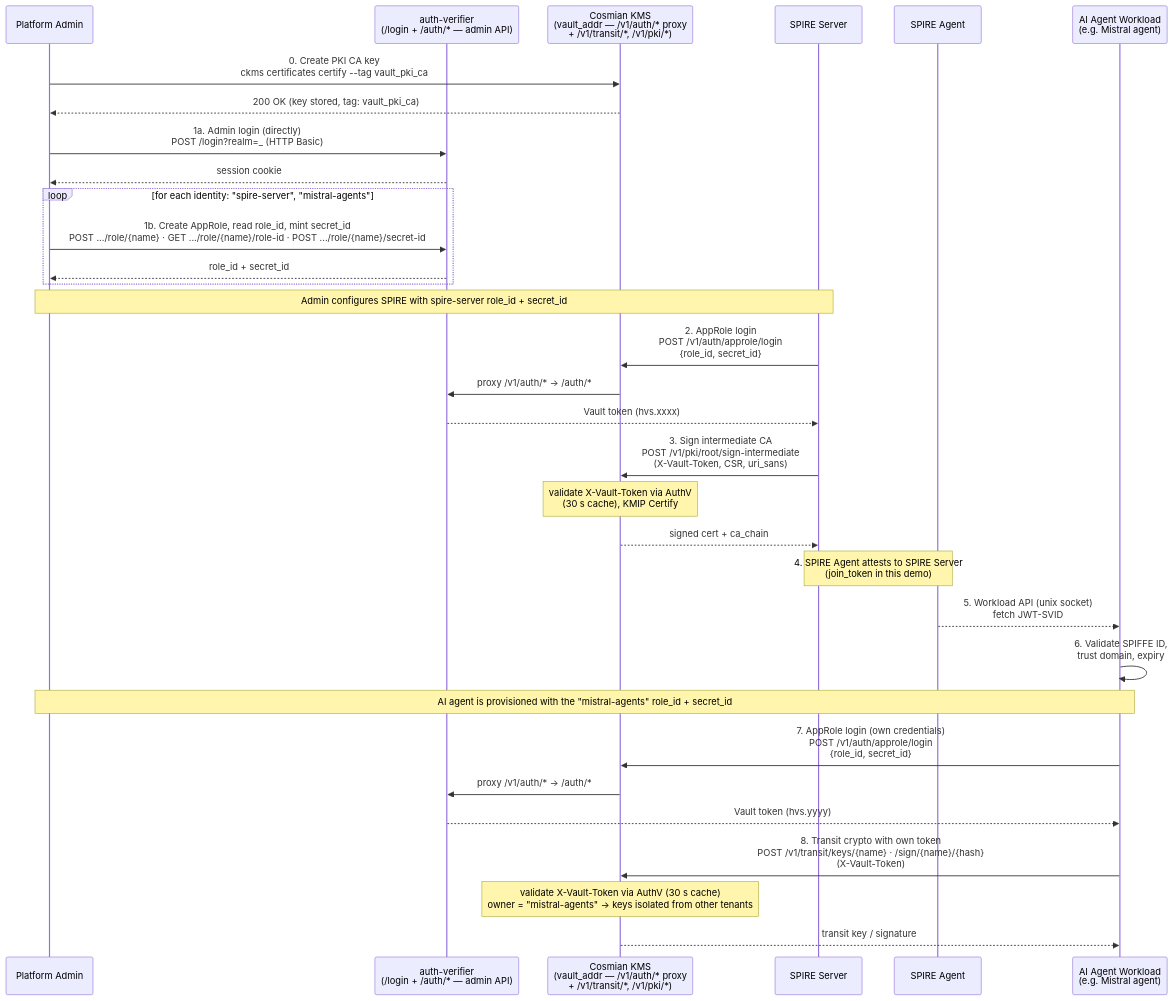
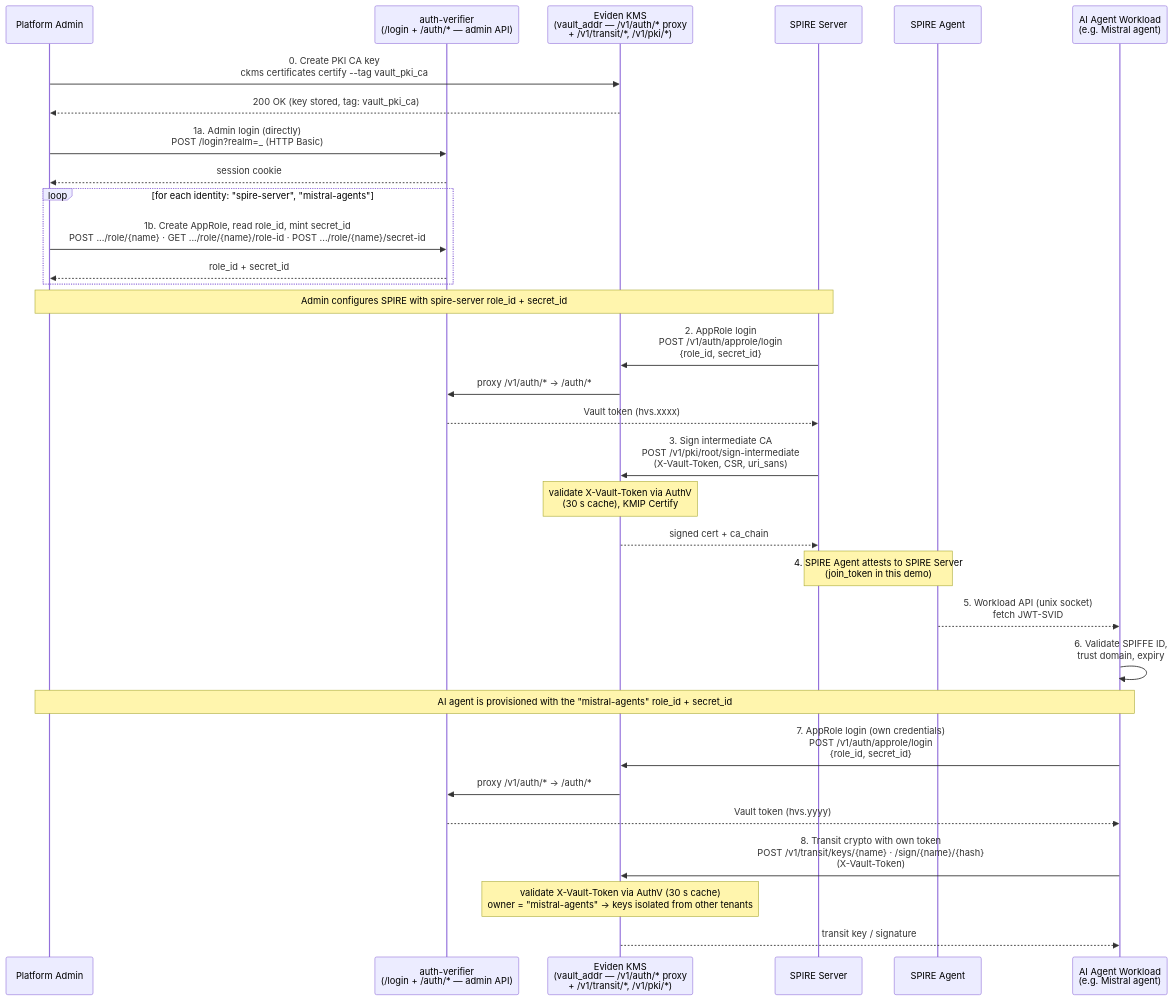
One commit to Cosmian/kms changed the first of 7 diagrams in documentation/docs/integrations/spire_spiffe.md. Above: the diagram before and after it, drawn with Mermaid. The commit also changed other lines of this file and 10 other files, not shown here.

````diff
--- a/documentation/docs/integrations/spire_spiffe.md
+++ b/documentation/docs/integrations/spire_spiffe.md
@@ -14,35 +14,35 @@
 ```mermaid
 sequenceDiagram
     participant Admin as Platform Admin
     participant AuthV as auth-verifier<br/>(/login + /auth/* — admin API)
-    participant KMS as Cosmian KMS<br/>(vault_addr — /v1/auth/* proxy<br/>+ /v1/transit/*, /v1/pki/*)
+    participant KMS as Eviden KMS<br/>(vault_addr — /v1/auth/* proxy<br/>+ /v1/transit/*, /v1/pki/*)
     participant Server as SPIRE Server
     participant Agent as SPIRE Agent
     participant Mistral as AI Agent Workload<br/>(e.g. Mistral agent)
 
     Admin->>KMS: 0. Create PKI CA key<br/>ckms certificates certify --tag vault_pki_ca
     KMS-->>Admin: 200 OK (key stored, tag: vault_pki_ca)
     Admin->>AuthV: 1a. Admin login (directly)<br/>POST /login?realm=_ (HTTP Basic)
     AuthV-->>Admin: session cookie
     loop for each identity: "spire-server", "mistral-agents"
         Admin->>AuthV: 1b. Create AppRole, read role_id, mint secret_id<br/>POST .../role/{name} · GET .../role/{name}/role-id · POST .../role/{name}/secret-id
         AuthV-->>Admin: role_id + secret_id
     end
     Note over Admin,Server: Admin configures SPIRE with spire-server role_id + secret_id
     Server->>KMS: 2. AppRole login<br/>POST /v1/auth/approle/login<br/>{role_id, secret_id}
     KMS->>AuthV: proxy /v1/auth/* → /auth/*
     AuthV-->>Server: Vault token (hvs.xxxx)
     Server->>KMS: 3. Sign intermediate CA<br/>POST /v1/pki/root/sign-intermediate<br/>(X-Vault-Token, CSR, uri_sans)
     Note over KMS: validate X-Vault-Token via AuthV<br/>(30 s cache), KMIP Certify
     KMS-->>Server: signed cert + ca_chain
     Note over Server,Agent: 4. SPIRE Agent attests to SPIRE Server<br/>(join_token in this demo)
     Agent-->>Mistral: 5. Workload API (unix socket)<br/>fetch JWT-SVID
     Mistral->>Mistral: 6. Validate SPIFFE ID,<br/>trust domain, expiry
     Note over Admin,Mistral: AI agent is provisioned with the "mistral-agents" role_id + secret_id
     Mistral->>KMS: 7. AppRole login (own credentials)<br/>POST /v1/auth/approle/login<br/>{role_id, secret_id}
     KMS->>AuthV: proxy /v1/auth/* → /auth/*
     AuthV-->>Mistral: Vault token (hvs.yyyy)
     Mistral->>KMS: 8. Transit crypto with own token<br/>POST /v1/transit/keys/{name} · /sign/{name}/{hash}<br/>(X-Vault-Token)
     Note over KMS: validate X-Vault-Token via AuthV (30 s cache)<br/>owner = "mistral-agents" → keys isolated from other tenants
     KMS-->>Mistral: transit key / signature
 ```
````
